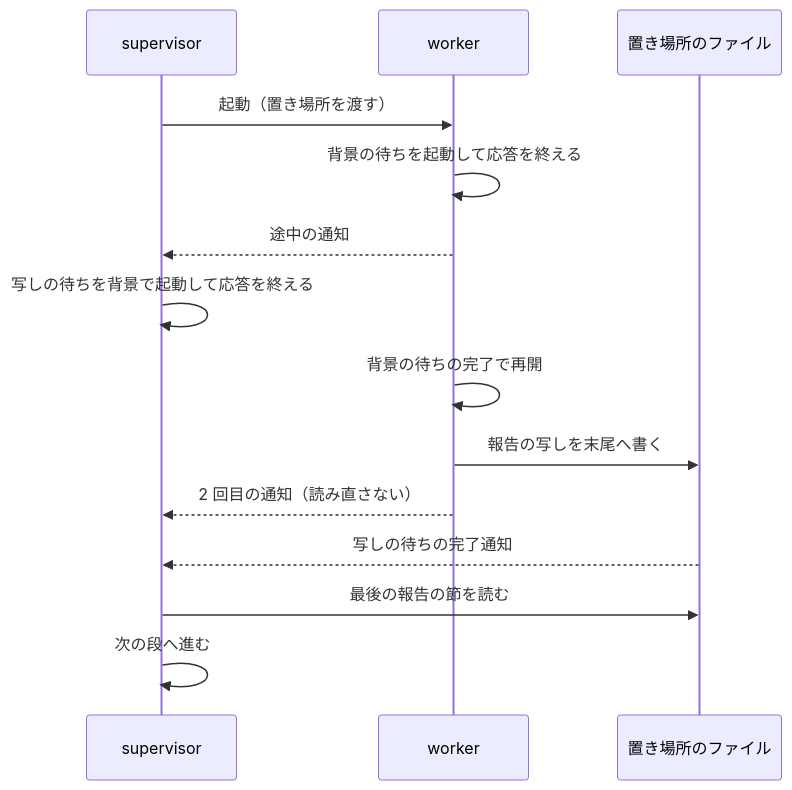
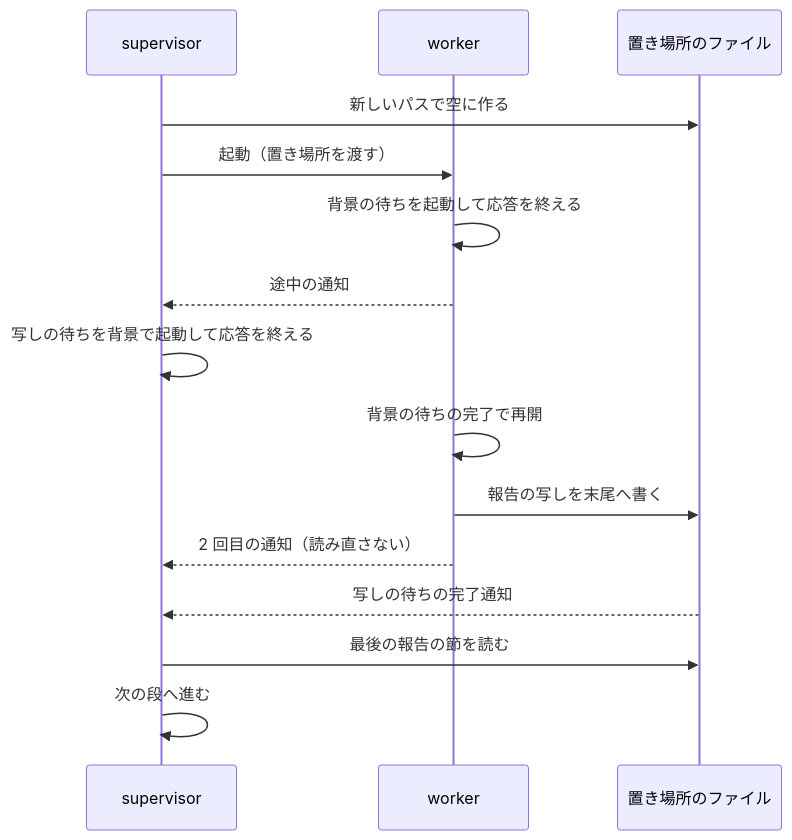
One commit to devbasex/ai-plugins changed the diagram in issues/issue-892-901-design.md. Above: the diagram before and after it, drawn with Mermaid. The commit also changed other lines of this file and 2 other files, not shown here.

````diff
--- a/issues/issue-892-901-design.md
+++ b/issues/issue-892-901-design.md
@@ -151,16 +155,17 @@
 ```mermaid
 sequenceDiagram
     participant S as supervisor
     participant W as worker
     participant F as 置き場所のファイル
+    S->>F: 新しいパスで空に作る
     S->>W: 起動（置き場所を渡す）
     W->>W: 背景の待ちを起動して応答を終える
     W-->>S: 途中の通知
     S->>S: 写しの待ちを背景で起動して応答を終える
     W->>W: 背景の待ちの完了で再開
     W->>F: 報告の写しを末尾へ書く
     W-->>S: 2 回目の通知（読み直さない）
     F-->>S: 写しの待ちの完了通知
     S->>F: 最後の報告の節を読む
     S->>S: 次の段へ進む
 ```
````
